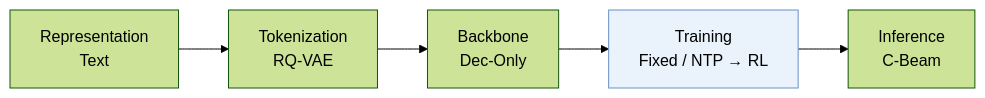
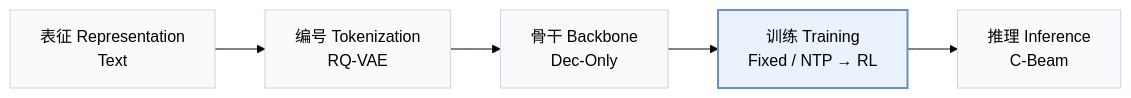
One commit to Galaxy-ghost/Awesome-SID-Generative-Rec changed the first of 2 diagrams in pages/zh/papers/daso.md. Above: the diagram before and after it, drawn with Mermaid (forest theme). The commit also changed other lines of this file and 649 other files, not shown here.

Commit message:
writer-05: also tags and modality index (schema, check, build, visuals); summary field removed; calibration data for 12 papers

````diff
--- a/pages/zh/papers/daso.md
+++ b/pages/zh/papers/daso.md
@@ -13,6 +15,8 @@
 ```mermaid
 flowchart LR
-    R["Representation<br/>Text"] --> T["Tokenization<br/>RQ-VAE"] --> B["Backbone<br/>Dec-Only"] --> TR["Training<br/>Fixed / NTP → RL"] --> I["Inference<br/>C-Beam"]
-    classDef main fill:#eaf2fb,stroke:#6b8fc7
+    R["表征 Representation<br/>Text"] --> T["编号 Tokenization<br/>RQ-VAE"] --> B["骨干 Backbone<br/>Dec-Only"] --> TR["训练 Training<br/>Fixed / NTP → RL"] --> I["推理 Inference<br/>C-Beam"]
+    classDef base fill:#f8fafc,stroke:#cbd5e1
+    class R,T,B,TR,I base
+    classDef main fill:#eaf2fb,stroke:#6b8fc7,stroke-width:2px
     class TR main
 ```
````
